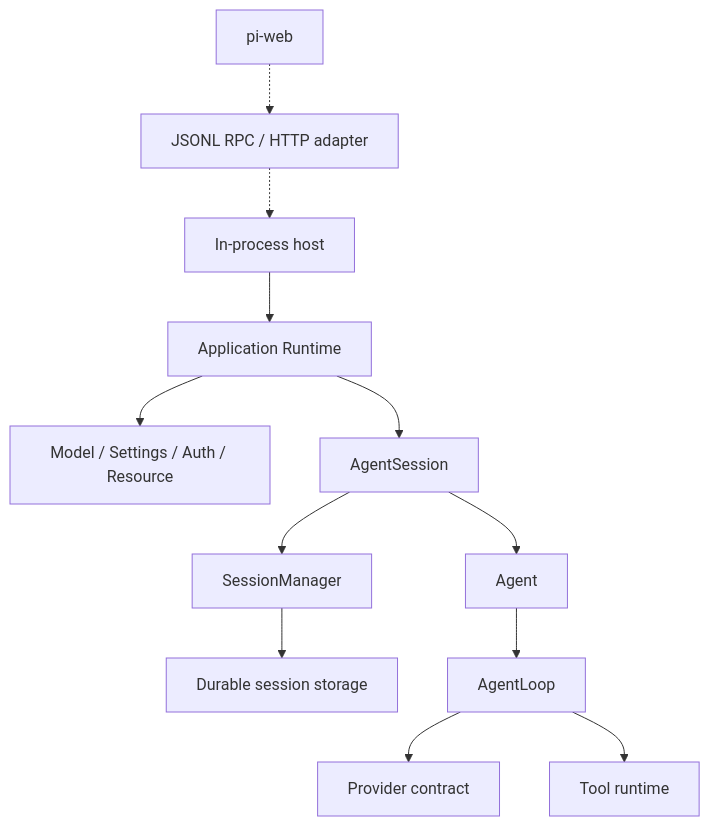
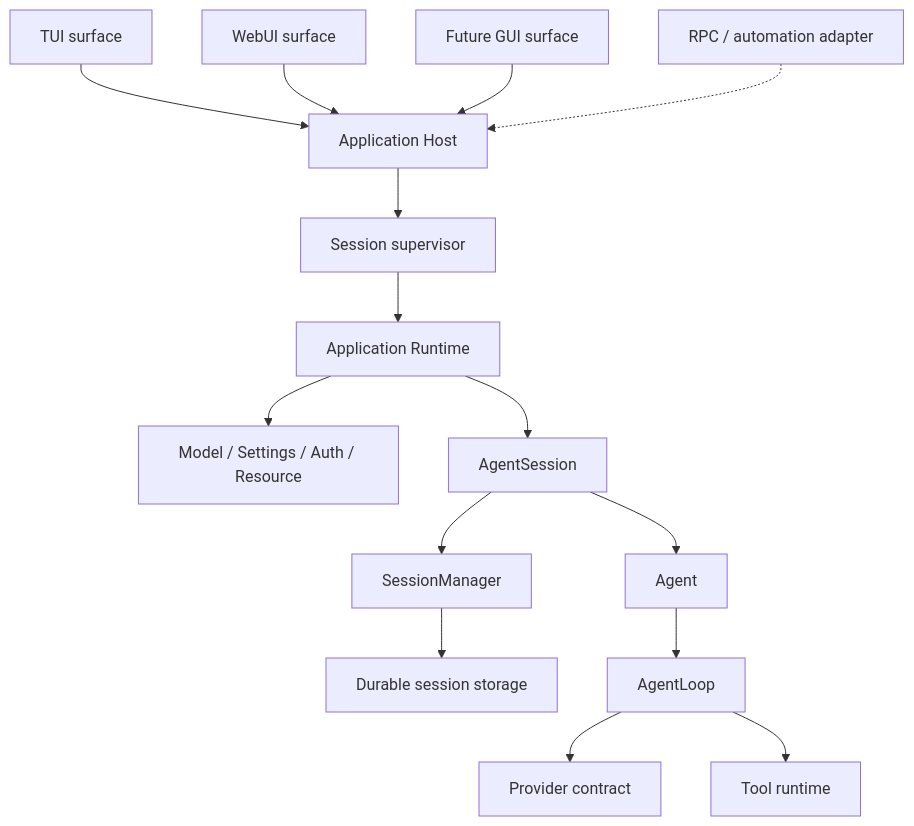
The diagram in docs/ARCHITECTURE.md (cat3399/pi-go), drawn with Mermaid before and after one commit. The commit also changed other lines of this file and 107 other files, not shown here.

Commit message:
feat(webui): run pi web on native go host

````diff
--- a/docs/ARCHITECTURE.md
+++ b/docs/ARCHITECTURE.md
@@ -37,14 +37,17 @@
 ```mermaid
 flowchart TB
-    Host["In-process host"] --> Runtime["Application Runtime"]
+    TUI["TUI surface"] --> Host["Application Host"]
+    Web["WebUI surface"] --> Host
+    GUI["Future GUI surface"] --> Host
+    RPC["RPC / automation adapter"] -.-> Host
+    Host --> Supervisor["Session supervisor"]
+    Supervisor --> Runtime["Application Runtime"]
     Runtime --> Services["Model / Settings / Auth / Resource"]
     Runtime --> Session["AgentSession"]
     Session --> Agent["Agent"]
     Session --> Manager["SessionManager"]
     Manager --> Store["Durable session storage"]
     Agent --> Loop["AgentLoop"]
     Loop --> Provider["Provider contract"]
     Loop --> Tools["Tool runtime"]
-    Transport["JSONL RPC / HTTP adapter"] -.-> Host
-    Web["pi-web"] -.-> Transport
 ```
````
